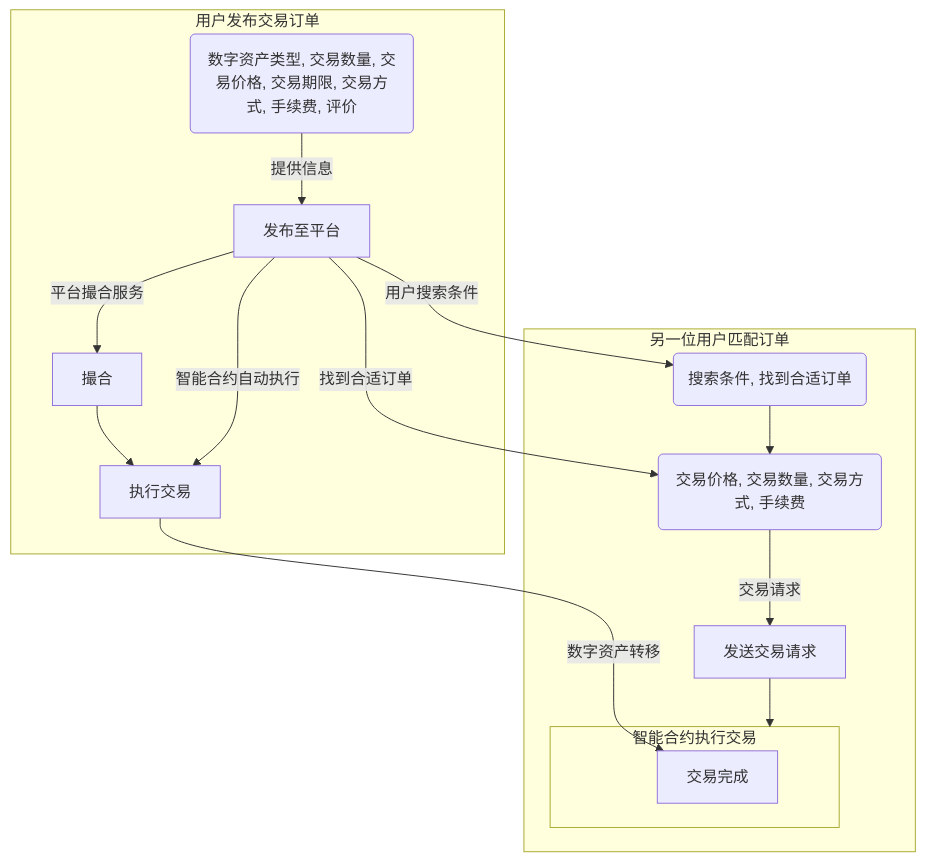
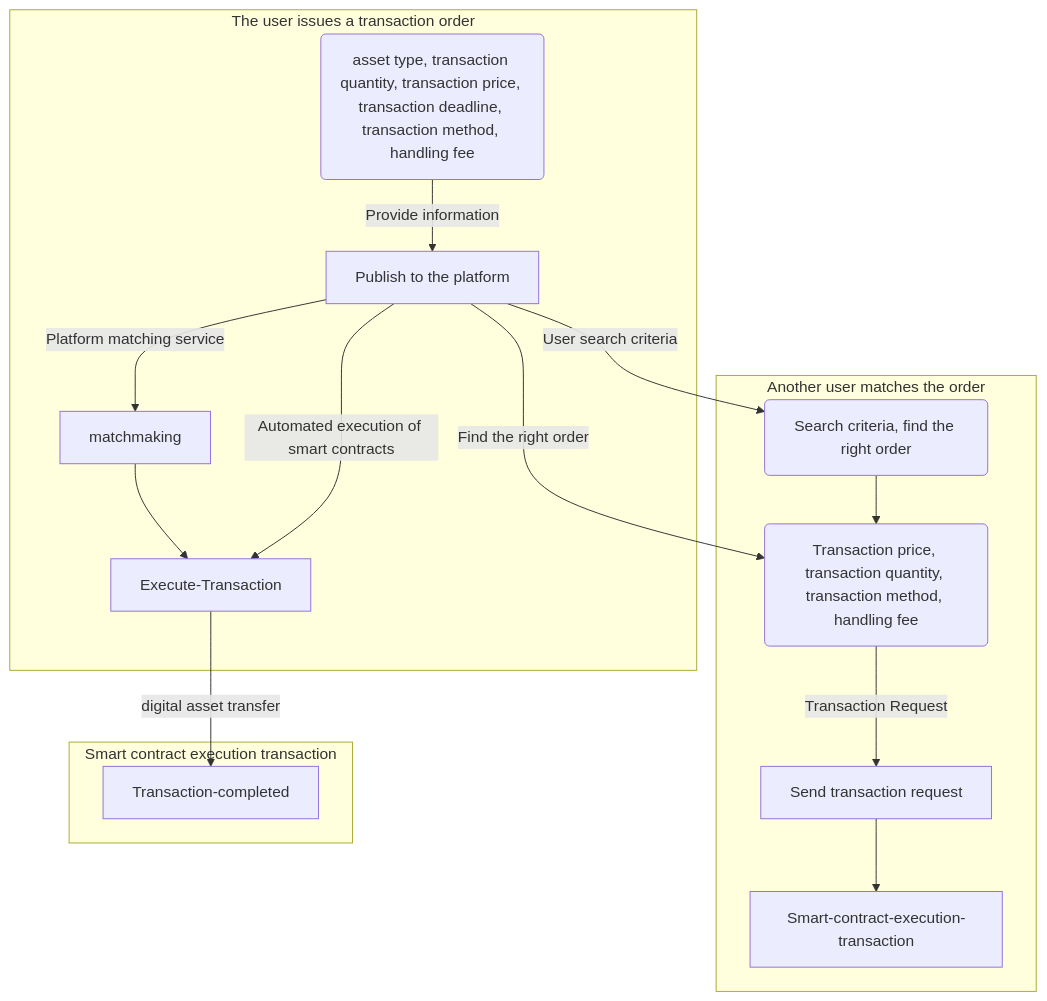
The first of 3 diagrams in projects/27-NeMA/README.md (substrate-asia/hackathon-2023-winter), drawn with Mermaid before and after one commit. The commit also changed other lines of this file and 4 other files, not shown here.

````diff
--- a/projects/27-NeMA/README.md
+++ b/projects/27-NeMA/README.md
@@ -71,27 +71,27 @@
 ```mermaid
 graph TD
 
-subgraph 用户发布交易订单
-  提供信息(数字资产类型, 交易数量, 交易价格, 交易期限, 交易方式, 手续费, 评价)
-  平台["发布至平台"]
-  提供信息 -->|提供信息| 平台
-  平台 -->|平台撮合服务| 撮合
-  撮合 --> 执行交易
+subgraph The user issues a transaction order
+  Information-Provision(asset type, transaction quantity, transaction price, transaction deadline, transaction method, handling fee)
+  Platform["Publish to the platform"]
+  Information-Provision -->|Provide information| Platform
+  Platform -->|Platform matching service| matchmaking
+  matchmaking --> Execute-Transaction
 end
 
-subgraph 另一位用户匹配订单
-  搜索条件(搜索条件, 找到合适订单)
-  用户["发送交易请求"]
-  搜索条件(搜索条件, 找到合适订单) --> 交易请求信息(交易价格, 交易数量, 交易方式, 手续费)
-  平台 -->|用户搜索条件| 搜索条件
-  平台 -->|找到合适订单| 交易请求信息
-  交易请求信息 -->|交易请求| 用户
-  用户["发送交易请求"] --> 智能合约执行交易
+subgraph Another user matches the order
+  Search-criteria(search criteria, find suitable orders)
+  User["send transaction request"]
+  Search-criteria(Search criteria, find the right order) --> Transaction-request-information(Transaction price, transaction quantity, transaction method, handling fee)
+  Platform -->|User search criteria| Search-criteria
+  Platform -->|Find the right order| Transaction-request-information
+ Transaction-request-information -->|Transaction Request| User
+  User["Send transaction request"] --> Smart-contract-execution-transaction
 end
 
 
-subgraph 智能合约执行交易
-  平台 -->|智能合约自动执行| 执行交易
-  执行交易 -->|数字资产转移| 交易完成
+subgraph Smart contract execution transaction
+  Platform -->|Automated execution of smart contracts| Execute-Transaction
+  Execute-Transaction -->|digital asset transfer| Transaction-completed
 end
 ```
````
